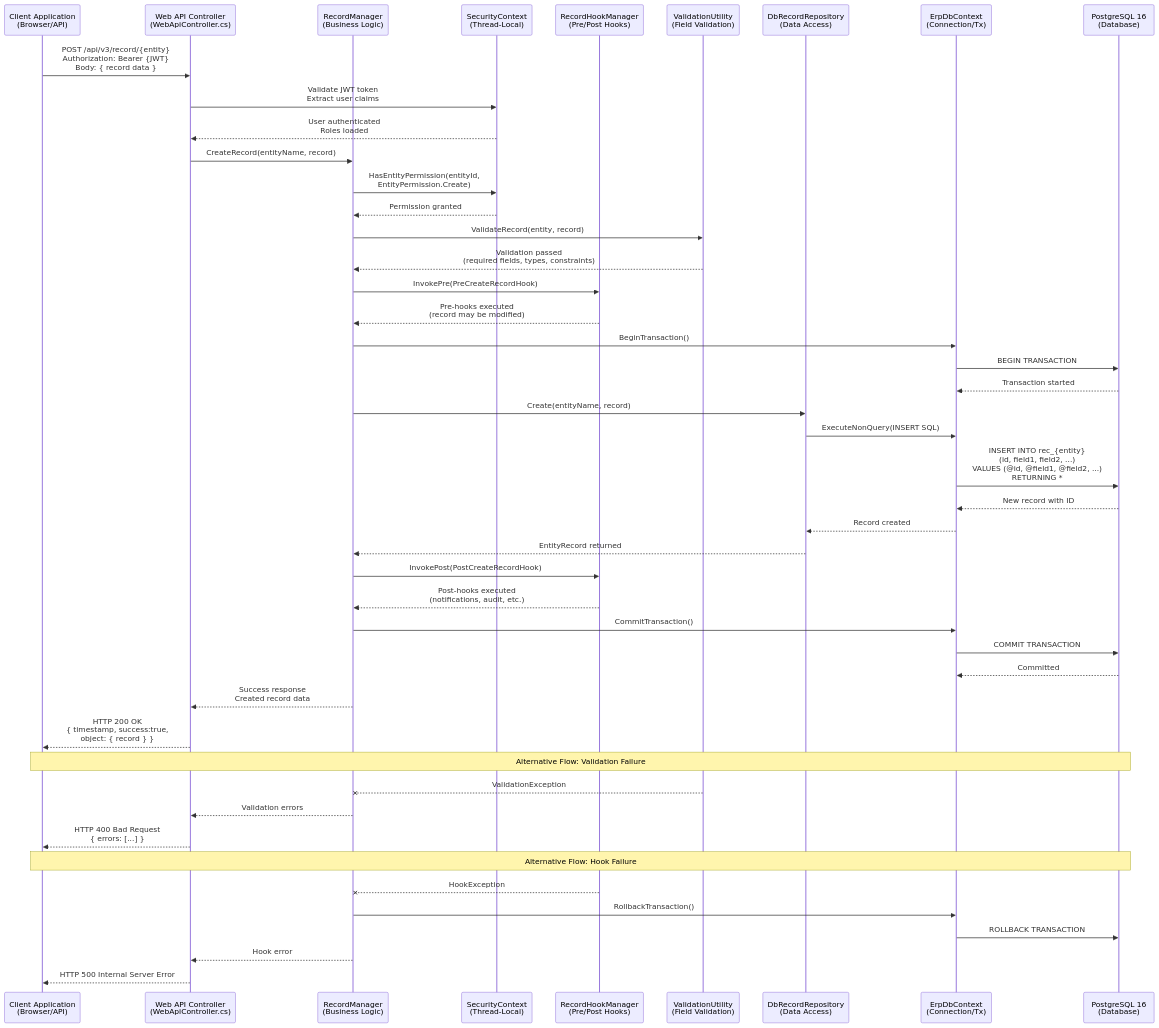
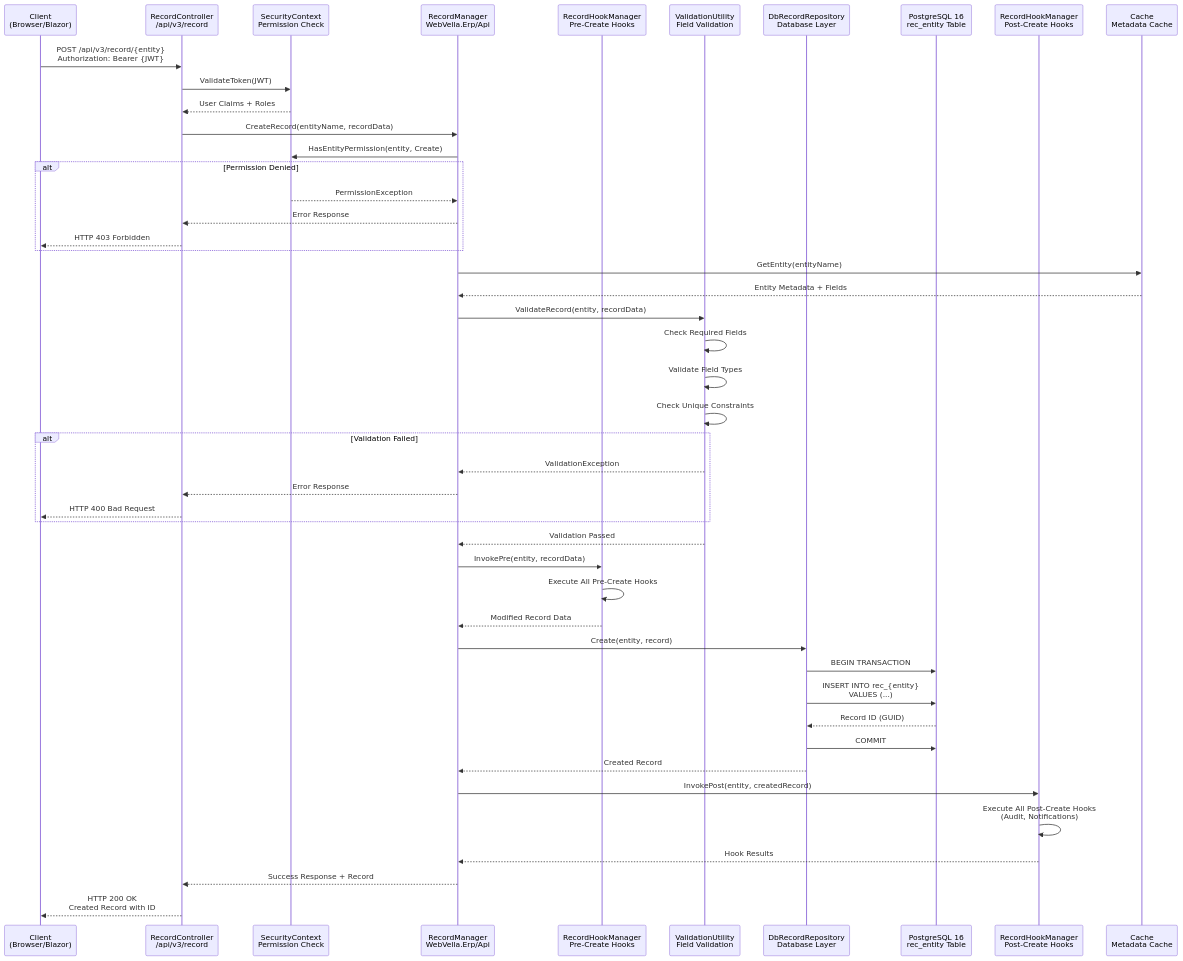
Before and after one commit to blitzy-public-samples/blitzy-WebVella-ERP: the second of 4 diagrams in docs/reverse-engineering/architecture.md, drawn with Mermaid. The commit also changed other lines of this file, not shown here.

Commit message:
Add comprehensive system architecture documentation with component diagrams and data flows

````diff
--- a/docs/reverse-engineering/architecture.md
+++ b/docs/reverse-engineering/architecture.md
@@ -707,61 +447,57 @@
 ```mermaid
 sequenceDiagram
-    participant Client as Client Application<br/>(Browser/API)
-    participant Controller as Web API Controller<br/>(WebApiController.cs)
-    participant RecordMgr as RecordManager<br/>(Business Logic)
-    participant SecurityCtx as SecurityContext<br/>(Thread-Local)
-    participant HookMgr as RecordHookManager<br/>(Pre/Post Hooks)
-    participant Validator as ValidationUtility<br/>(Field Validation)
-    participant DbRepo as DbRecordRepository<br/>(Data Access)
-    participant DbCtx as ErpDbContext<br/>(Connection/Tx)
-    participant PostgreSQL as PostgreSQL 16<br/>(Database)
+    participant Client as Client<br/>(Browser/Blazor)
+    participant Controller as RecordController<br/>/api/v3/record
+    participant SecurityCtx as SecurityContext<br/>Permission Check
+    participant RecordMgr as RecordManager<br/>WebVella.Erp/Api
+    participant PreHooks as RecordHookManager<br/>Pre-Create Hooks
+    participant Validator as ValidationUtility<br/>Field Validation
+    participant DbRepo as DbRecordRepository<br/>Database Layer
+    participant PostgreSQL as PostgreSQL 16<br/>rec_entity Table
+    participant PostHooks as RecordHookManager<br/>Post-Create Hooks
+    participant Cache as Cache<br/>Metadata Cache
     
-    Client->>Controller: POST /api/v3/record/{entity}<br/>Authorization: Bearer {JWT}<br/>Body: { record data }
+    Client->>Controller: POST /api/v3/record/{entity}<br/>Authorization: Bearer {JWT}
+    Controller->>SecurityCtx: ValidateToken(JWT)
+    SecurityCtx-->>Controller: User Claims + Roles
     
-    Controller->>SecurityCtx: Validate JWT token<br/>Extract user claims
-    SecurityCtx-->>Controller: User authenticated<br/>Roles loaded
+    Controller->>RecordMgr: CreateRecord(entityName, recordData)
+    RecordMgr->>SecurityCtx: HasEntityPermission(entity, Create)
+    alt Permission Denied
+        SecurityCtx-->>RecordMgr: PermissionException
+        RecordMgr-->>Controller: Error Response
+        Controller-->>Client: HTTP 403 Forbidden
+    end
     
-    Controller->>RecordMgr: CreateRecord(entityName, record)
+    RecordMgr->>Cache: GetEntity(entityName)
+    Cache-->>RecordMgr: Entity Metadata + Fields
     
-    RecordMgr->>SecurityCtx: HasEntityPermission(entityId,<br/>EntityPermission.Create)
-    SecurityCtx-->>RecordMgr: Permission granted
+    RecordMgr->>Validator: ValidateRecord(entity, recordData)
+    Validator->>Validator: Check Required Fields
+    Validator->>Validator: Validate Field Types
+    Validator->>Validator: Check Unique Constraints
+    alt Validation Failed
+        Validator-->>RecordMgr: ValidationException
+        RecordMgr-->>Controller: Error Response
+        Controller-->>Client: HTTP 400 Bad Request
+    end
+    Validator-->>RecordMgr: Validation Passed
     
-    RecordMgr->>Validator: ValidateRecord(entity, record)
-    Validator-->>RecordMgr: Validation passed<br/>(required fields, types, constraints)
+    RecordMgr->>PreHooks: InvokePre(entity, recordData)
+    PreHooks->>PreHooks: Execute All Pre-Create Hooks
+    PreHooks-->>RecordMgr: Modified Record Data
     
-    RecordMgr->>HookMgr: InvokePre(PreCreateRecordHook)
-    HookMgr-->>RecordMgr: Pre-hooks executed<br/>(record may be modified)
+    RecordMgr->>DbRepo: Create(entity, record)
+    DbRepo->>PostgreSQL: BEGIN TRANSACTION
+    DbRepo->>PostgreSQL: INSERT INTO rec_{entity}<br/>VALUES (...)
+    PostgreSQL-->>DbRepo: Record ID (GUID)
+    DbRepo->>PostgreSQL: COMMIT
+    DbRepo-->>RecordMgr: Created Record
     
-    RecordMgr->>DbCtx: BeginTransaction()
-    DbCtx->>PostgreSQL: BEGIN TRANSACTION
-    PostgreSQL-->>DbCtx: Transaction started
+    RecordMgr->>PostHooks: InvokePost(entity, createdRecord)
+    PostHooks->>PostHooks: Execute All Post-Create Hooks<br/>(Audit, Notifications)
+    PostHooks-->>RecordMgr: Hook Results
     
-    RecordMgr->>DbRepo: Create(entityName, record)
-    DbRepo->>DbCtx: ExecuteNonQuery(INSERT SQL)
-    DbCtx->>PostgreSQL: INSERT INTO rec_{entity}<br/>(id, field1, field2, ...)<br/>VALUES (@id, @field1, @field2, ...)<br/>RETURNING *
-    PostgreSQL-->>DbCtx: New record with ID
-    DbCtx-->>DbRepo: Record created
-    DbRepo-->>RecordMgr: EntityRecord returned
-    
-    RecordMgr->>HookMgr: InvokePost(PostCreateRecordHook)
-    HookMgr-->>RecordMgr: Post-hooks executed<br/>(notifications, audit, etc.)
-    
-    RecordMgr->>DbCtx: CommitTransaction()
-    DbCtx->>PostgreSQL: COMMIT TRANSACTION
-    PostgreSQL-->>DbCtx: Committed
-    
-    RecordMgr-->>Controller: Success response<br/>Created record data
-    Controller-->>Client: HTTP 200 OK<br/>{ timestamp, success:true,<br/>object: { record } }
-    
-    Note over Client,PostgreSQL: Alternative Flow: Validation Failure
-    Validator--xRecordMgr: ValidationException
-    RecordMgr-->>Controller: Validation errors
-    Controller-->>Client: HTTP 400 Bad Request<br/>{ errors: [...] }
-    
-    Note over Client,PostgreSQL: Alternative Flow: Hook Failure
-    HookMgr--xRecordMgr: HookException
-    RecordMgr->>DbCtx: RollbackTransaction()
-    DbCtx->>PostgreSQL: ROLLBACK TRANSACTION
-    RecordMgr-->>Controller: Hook error
-    Controller-->>Client: HTTP 500 Internal Server Error
+    RecordMgr-->>Controller: Success Response + Record
+    Controller-->>Client: HTTP 200 OK<br/>Created Record with ID
 ```
````
